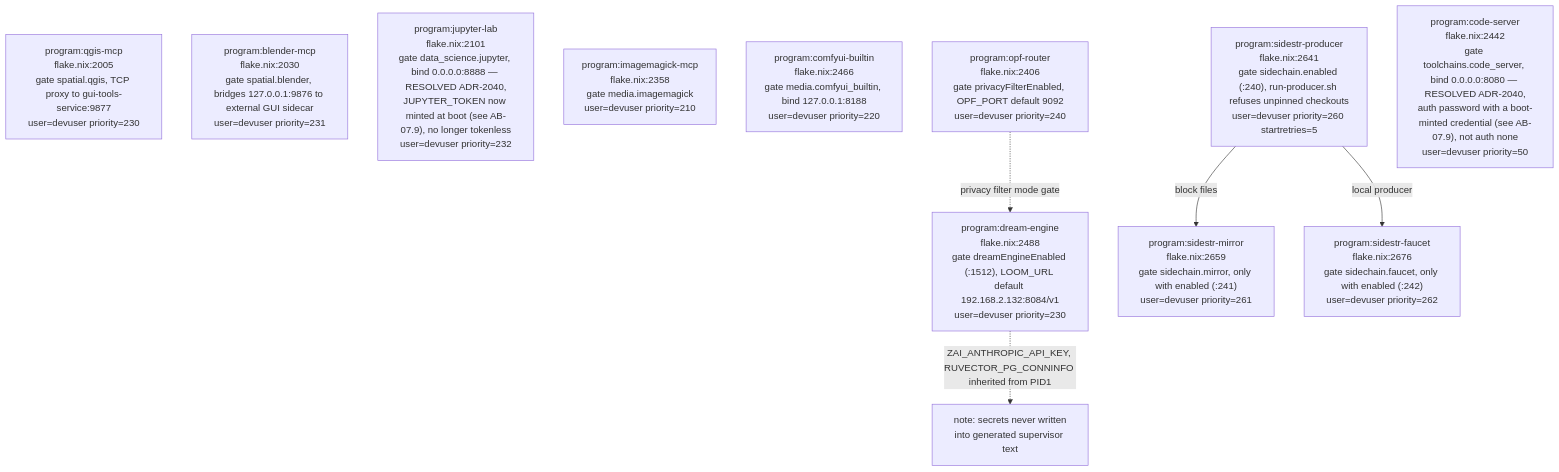
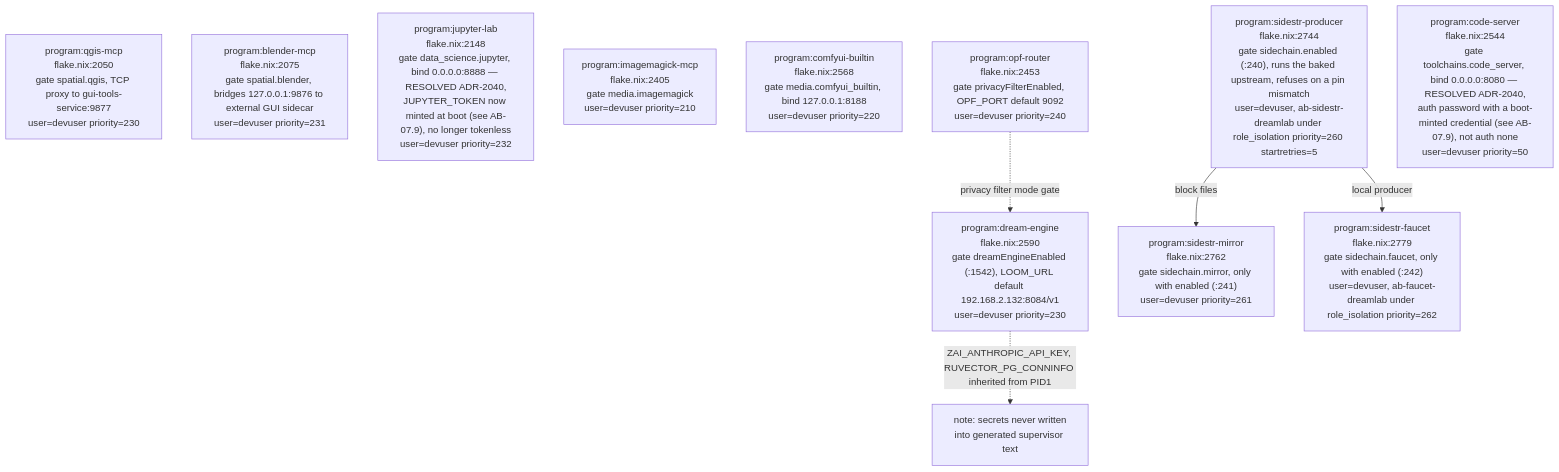
Before and after one commit to DreamLab-AI/VisionFlow: the fifth of 21 diagrams in docs/diagrams/agentbox/02-boot-sequence-and-readiness.md, drawn with Mermaid. The commit also changed other lines of this file and 14 other files, not shown here.

First line of the commit message:
docs(diagrams): custody role isolation — new AB-36, re-stamp 11 topics at the custody integration head

````diff
--- a/docs/diagrams/agentbox/02-boot-sequence-and-readiness.md
+++ b/docs/diagrams/agentbox/02-boot-sequence-and-readiness.md
@@ -228,19 +268,19 @@
 ```mermaid
 flowchart TB
-    QGIS["program:qgis-mcp<br/>flake.nix:2005<br/>gate spatial.qgis, TCP proxy to gui-tools-service:9877<br/>user=devuser priority=230"]
-    BLEND["program:blender-mcp<br/>flake.nix:2030<br/>gate spatial.blender, bridges 127.0.0.1:9876 to external GUI sidecar<br/>user=devuser priority=231"]
-    JLAB["program:jupyter-lab<br/>flake.nix:2101<br/>gate data_science.jupyter, bind 0.0.0.0:8888 — RESOLVED ADR-2040,<br/>JUPYTER_TOKEN now minted at boot (see AB-07.9), no longer tokenless<br/>user=devuser priority=232"]
-    IMGM["program:imagemagick-mcp<br/>flake.nix:2358<br/>gate media.imagemagick<br/>user=devuser priority=210"]
-    COMFY["program:comfyui-builtin<br/>flake.nix:2466<br/>gate media.comfyui_builtin, bind 127.0.0.1:8188<br/>user=devuser priority=220"]
-    OPF["program:opf-router<br/>flake.nix:2406<br/>gate privacyFilterEnabled, OPF_PORT default 9092<br/>user=devuser priority=240"]
-    DREAM["program:dream-engine<br/>flake.nix:2488<br/>gate dreamEngineEnabled (:1512), LOOM_URL default 192.168.2.132:8084/v1<br/>user=devuser priority=230"]
-    SIDEP["program:sidestr-producer<br/>flake.nix:2641<br/>gate sidechain.enabled (:240), run-producer.sh refuses unpinned checkouts<br/>user=devuser priority=260 startretries=5"]
-    SIDEM["program:sidestr-mirror<br/>flake.nix:2659<br/>gate sidechain.mirror, only with enabled (:241)<br/>user=devuser priority=261"]
-    SIDEF["program:sidestr-faucet<br/>flake.nix:2676<br/>gate sidechain.faucet, only with enabled (:242)<br/>user=devuser priority=262"]
-    CODES["program:code-server<br/>flake.nix:2442<br/>gate toolchains.code_server, bind 0.0.0.0:8080 — RESOLVED ADR-2040,<br/>auth password with a boot-minted credential (see AB-07.9), not auth none<br/>user=devuser priority=50"]
+    QGIS["program:qgis-mcp<br/>flake.nix:2050<br/>gate spatial.qgis, TCP proxy to gui-tools-service:9877<br/>user=devuser priority=230"]
+    BLEND["program:blender-mcp<br/>flake.nix:2075<br/>gate spatial.blender, bridges 127.0.0.1:9876 to external GUI sidecar<br/>user=devuser priority=231"]
+    JLAB["program:jupyter-lab<br/>flake.nix:2148<br/>gate data_science.jupyter, bind 0.0.0.0:8888 — RESOLVED ADR-2040,<br/>JUPYTER_TOKEN now minted at boot (see AB-07.9), no longer tokenless<br/>user=devuser priority=232"]
+    IMGM["program:imagemagick-mcp<br/>flake.nix:2405<br/>gate media.imagemagick<br/>user=devuser priority=210"]
+    COMFY["program:comfyui-builtin<br/>flake.nix:2568<br/>gate media.comfyui_builtin, bind 127.0.0.1:8188<br/>user=devuser priority=220"]
+    OPF["program:opf-router<br/>flake.nix:2453<br/>gate privacyFilterEnabled, OPF_PORT default 9092<br/>user=devuser priority=240"]
+    DREAM["program:dream-engine<br/>flake.nix:2590<br/>gate dreamEngineEnabled (:1542), LOOM_URL default 192.168.2.132:8084/v1<br/>user=devuser priority=230"]
+    SIDEP["program:sidestr-producer<br/>flake.nix:2744<br/>gate sidechain.enabled (:240), runs the baked upstream, refuses on a pin mismatch<br/>user=devuser, ab-sidestr-dreamlab under role_isolation priority=260 startretries=5"]
+    SIDEM["program:sidestr-mirror<br/>flake.nix:2762<br/>gate sidechain.mirror, only with enabled (:241)<br/>user=devuser priority=261"]
+    SIDEF["program:sidestr-faucet<br/>flake.nix:2779<br/>gate sidechain.faucet, only with enabled (:242)<br/>user=devuser, ab-faucet-dreamlab under role_isolation priority=262"]
+    CODES["program:code-server<br/>flake.nix:2544<br/>gate toolchains.code_server, bind 0.0.0.0:8080 — RESOLVED ADR-2040,<br/>auth password with a boot-minted credential (see AB-07.9), not auth none<br/>user=devuser priority=50"]
 
     OPF -.->|"privacy filter mode gate"| DREAM
     SIDEP -->|"block files"| SIDEM
     SIDEP -->|"local producer"| SIDEF
     DREAM -.->|"ZAI_ANTHROPIC_API_KEY, RUVECTOR_PG_CONNINFO inherited from PID1"| RVNOTE["note: secrets never written<br/>into generated supervisor text"]
 ```
````
